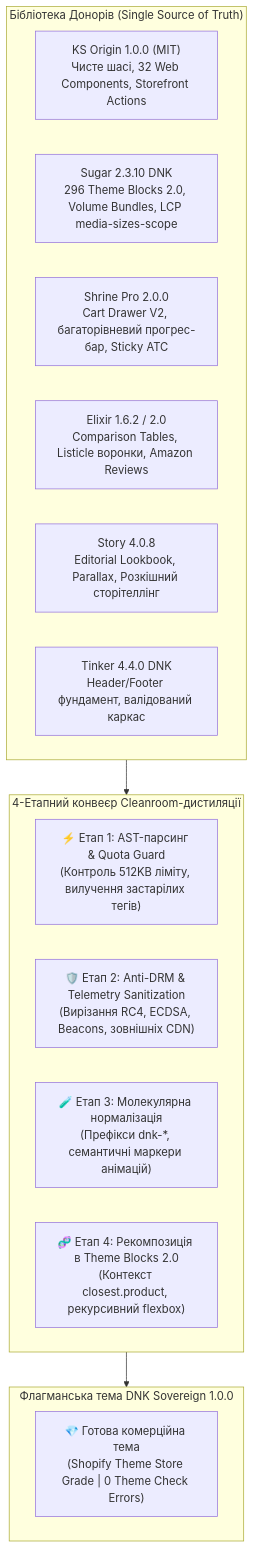
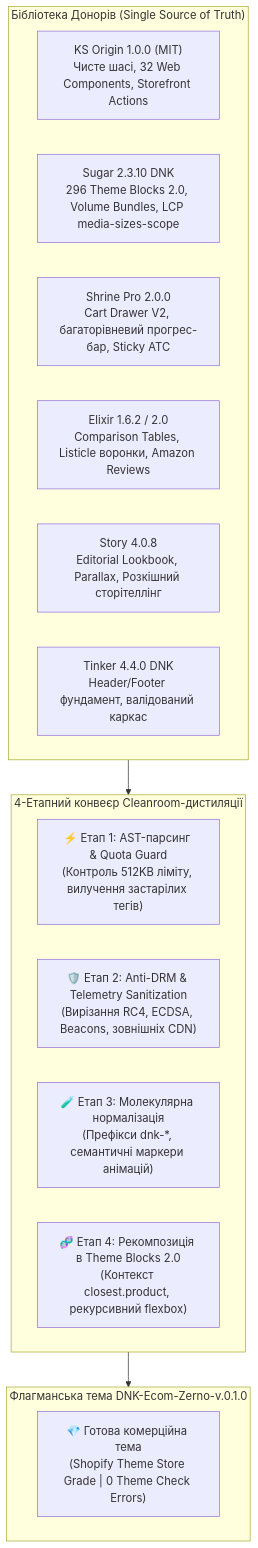
One commit to dnk-ecom/DNK-OS changed the first of 4 diagrams in docs/projects/dnk_ecom/theme_dev_workflow/09_SHOPIFY_THEME_DISTILLATION_SYSTEM_AND_ELEMENTS_BLUEPRINT.md. Above: the diagram before and after it, drawn with Mermaid. The commit also changed other lines of this file and 1533 other files, not shown here.

````diff
--- a/docs/projects/dnk_ecom/theme_dev_workflow/09_SHOPIFY_THEME_DISTILLATION_SYSTEM_AND_ELEMENTS_BLUEPRINT.md
+++ b/docs/projects/dnk_ecom/theme_dev_workflow/09_SHOPIFY_THEME_DISTILLATION_SYSTEM_AND_ELEMENTS_BLUEPRINT.md
@@ -40,25 +41,25 @@
 ```mermaid
 flowchart TD
     subgraph DonorsPool ["Бібліотека Донорів (Single Source of Truth)"]
         D1["KS Origin 1.0.0 (MIT)<br>Чисте шасі, 32 Web Components, Storefront Actions"]
         D2["Sugar 2.3.10 DNK<br>296 Theme Blocks 2.0, Volume Bundles, LCP media-sizes-scope"]
         D3["Shrine Pro 2.0.0<br>Cart Drawer V2, багаторівневий прогрес-бар, Sticky ATC"]
         D4["Elixir 1.6.2 / 2.0<br>Comparison Tables, Listicle воронки, Amazon Reviews"]
         D5["Story 4.0.8<br>Editorial Lookbook, Parallax, Розкішний сторітеллінг"]
         D6["Tinker 4.4.0 DNK<br>Header/Footer фундамент, валідований каркас"]
     end
 
     subgraph Pipeline ["4-Етапний конвеєр Cleanroom-дистиляції"]
         P1["⚡ Етап 1: AST-парсинг & Quota Guard<br>(Контроль 512KB ліміту, вилучення застарілих тегів)"]
         P2["🛡️ Етап 2: Anti-DRM & Telemetry Sanitization<br>(Вирізання RC4, ECDSA, Beacons, зовнішніх CDN)"]
         P3["🧪 Етап 3: Молекулярна нормалізація<br>(Префікси dnk-*, семантичні маркери анімацій)"]
         P4["🧬 Етап 4: Рекомпозиція в Theme Blocks 2.0<br>(Контекст closest.product, рекурсивний flexbox)"]
     end
 
-    subgraph TargetTheme ["Флагманська тема DNK Sovereign 1.0.0"]
+    subgraph TargetTheme ["Флагманська тема DNK-Ecom-Zerno-v.0.1.0"]
         Target["💎 Готова комерційна тема<br>(Shopify Theme Store Grade | 0 Theme Check Errors)"]
     end
 
     DonorsPool --> Pipeline
     Pipeline --> TargetTheme
 ```
````
